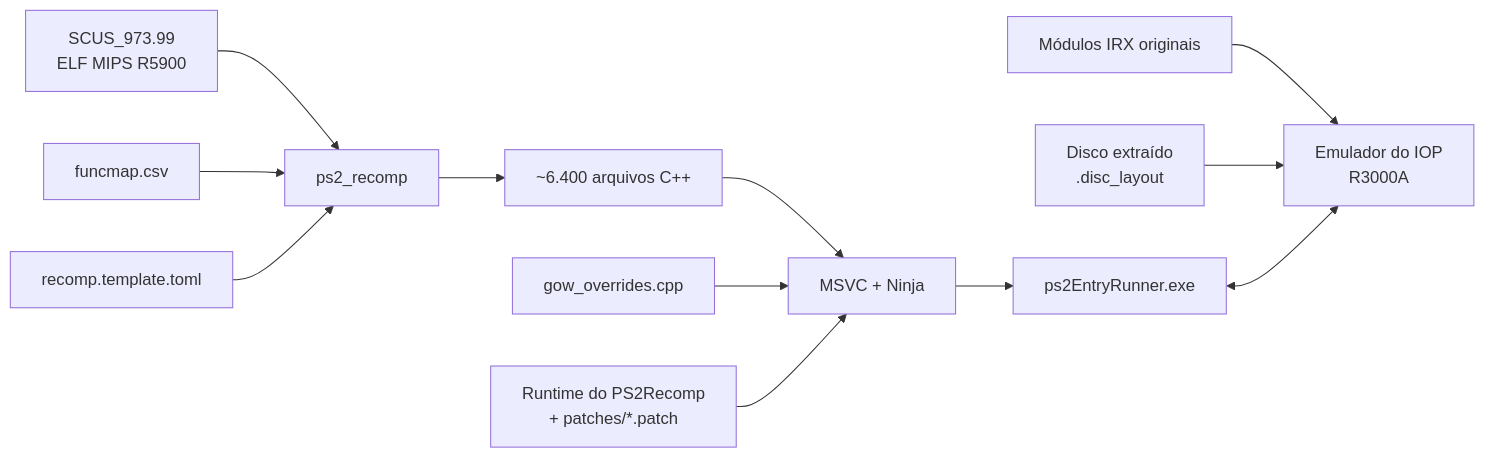
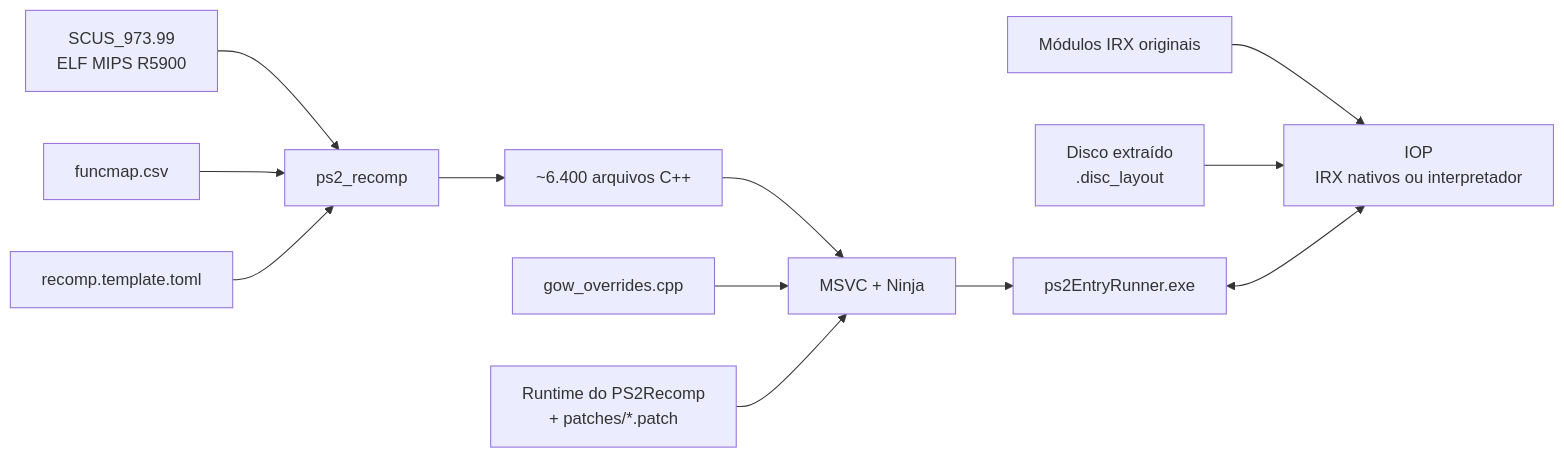
Before and after one commit to KIexster/god-of-war-recomp: the diagram in README.pt-BR.md, drawn with Mermaid. The commit also changed other lines of this file and 11 other files, not shown here.

````diff
--- a/README.pt-BR.md
+++ b/README.pt-BR.md
@@ -198,14 +202,14 @@
 ```mermaid
 flowchart LR
     A[SCUS_973.99<br/>ELF MIPS R5900] --> B[ps2_recomp]
     M[funcmap.csv] --> B
     C[recomp.template.toml] --> B
     B --> D[~6.400 arquivos C++]
     D --> E[MSVC + Ninja]
     O[gow_overrides.cpp] --> E
     P["Runtime do PS2Recomp<br/>+ patches/*.patch"] --> E
     E --> F[ps2EntryRunner.exe]
-    I[Módulos IRX originais] --> G[Emulador do IOP<br/>R3000A]
+    I[Módulos IRX originais] --> G[IOP<br/>IRX nativos ou interpretador]
     ISO["Disco extraído<br/>.disc_layout"] --> G
     F <--> G
 ```
````
